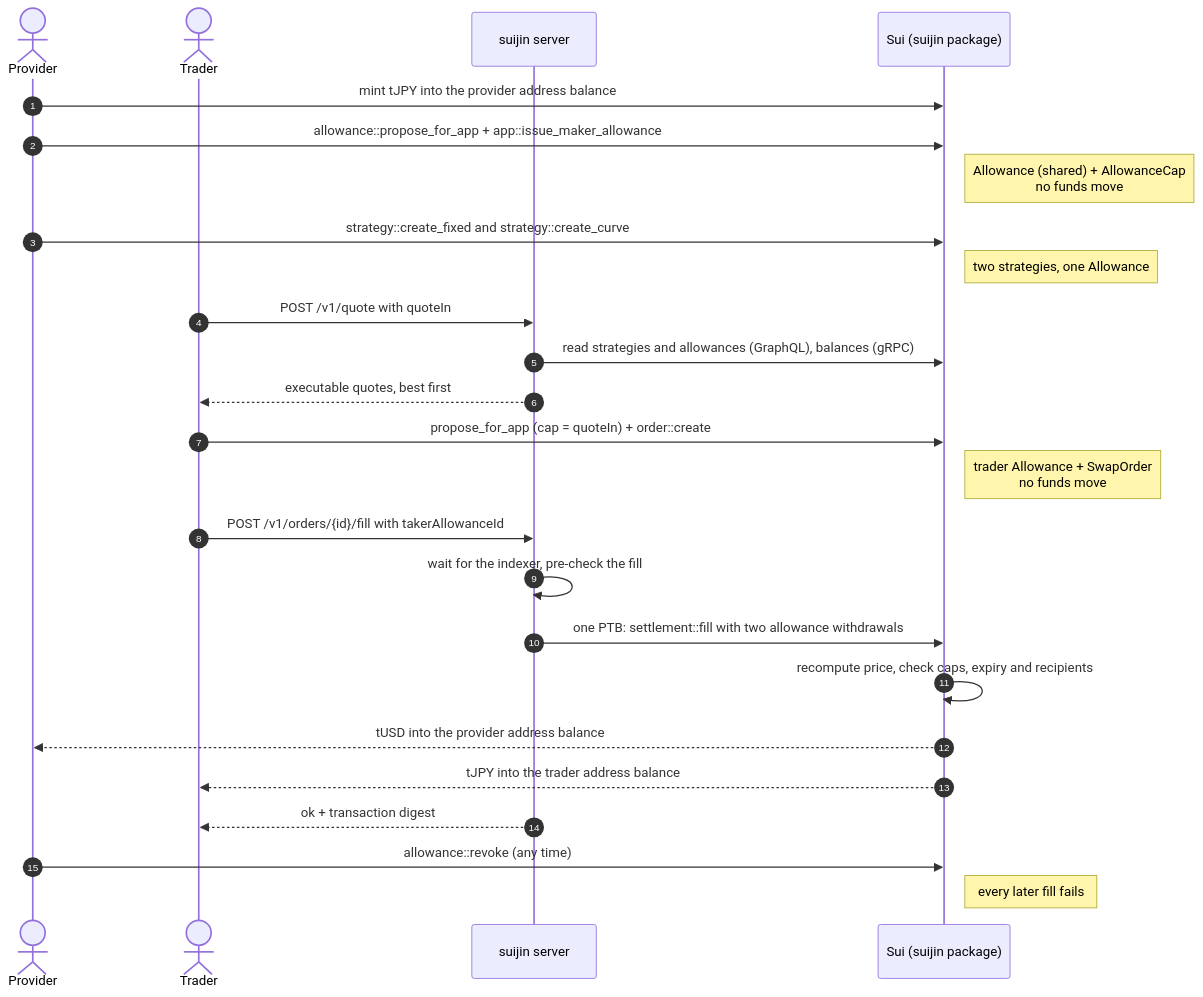
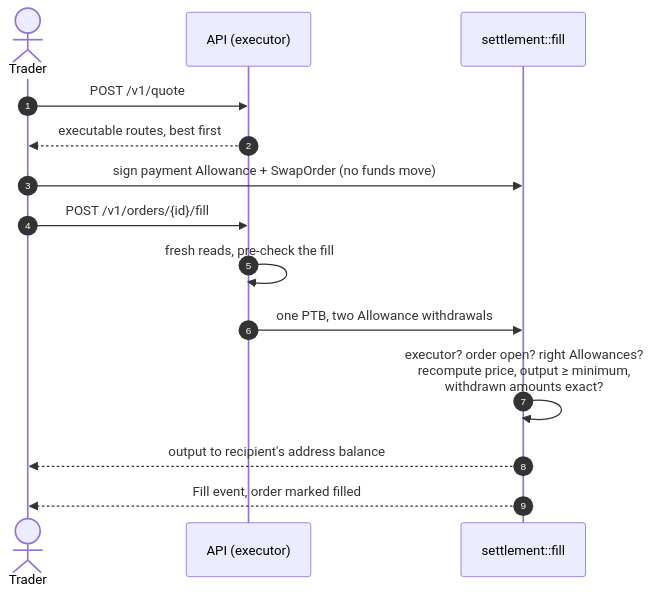
One commit to xfajarr/SUIJIN changed the second of 2 diagrams in README.md. Above: the diagram before and after it, drawn with Mermaid. The commit also changed other lines of this file, not shown here.

Commit message:
docs(readme): restructure for the ETHGlobal Tokyo submission (Sui track)

````diff
--- a/README.md
+++ b/README.md
@@ -91,27 +110,16 @@
 ```mermaid
 sequenceDiagram
     autonumber
-    actor Provider
     actor Trader
-    participant Server as suijin server
-    participant Chain as Sui (suijin package)
-    Provider->>Chain: mint tJPY into the provider address balance
-    Provider->>Chain: allowance::propose_for_app + app::issue_maker_allowance
-    Note right of Chain: Allowance (shared) + AllowanceCap<br/>no funds move
-    Provider->>Chain: strategy::create_fixed and strategy::create_curve
-    Note right of Chain: two strategies, one Allowance
-    Trader->>Server: POST /v1/quote with quoteIn
-    Server->>Chain: read strategies and allowances (GraphQL), balances (gRPC)
-    Server-->>Trader: executable quotes, best first
-    Trader->>Chain: propose_for_app (cap = quoteIn) + order::create
-    Note right of Chain: trader Allowance + SwapOrder<br/>no funds move
-    Trader->>Server: POST /v1/orders/{id}/fill with takerAllowanceId
-    Server->>Server: wait for the indexer, pre-check the fill
-    Server->>Chain: one PTB: settlement::fill with two allowance withdrawals
-    Chain->>Chain: recompute price, check caps, expiry and recipients
-    Chain-->>Provider: tUSD into the provider address balance
-    Chain-->>Trader: tJPY into the trader address balance
-    Server-->>Trader: ok + transaction digest
-    Provider->>Chain: allowance::revoke (any time)
-    Note right of Chain: every later fill fails
+    participant API as API (executor)
+    participant Move as settlement::fill
+    Trader->>API: POST /v1/quote
+    API-->>Trader: executable routes, best first
+    Trader->>Move: sign payment Allowance + SwapOrder (no funds move)
+    Trader->>API: POST /v1/orders/{id}/fill
+    API->>API: fresh reads, pre-check the fill
+    API->>Move: one PTB, two Allowance withdrawals
+    Move->>Move: executor? order open? right Allowances?<br/>recompute price, output ≥ minimum,<br/>withdrawn amounts exact?
+    Move-->>Trader: output to recipient's address balance
+    Move-->>Trader: Fill event, order marked filled
 ```
````
